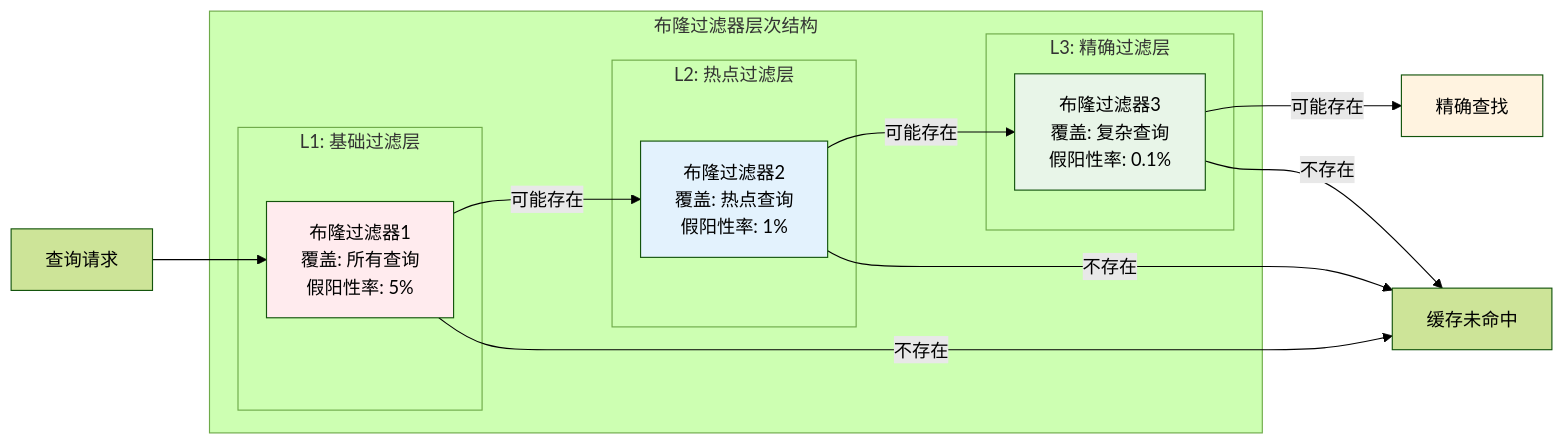
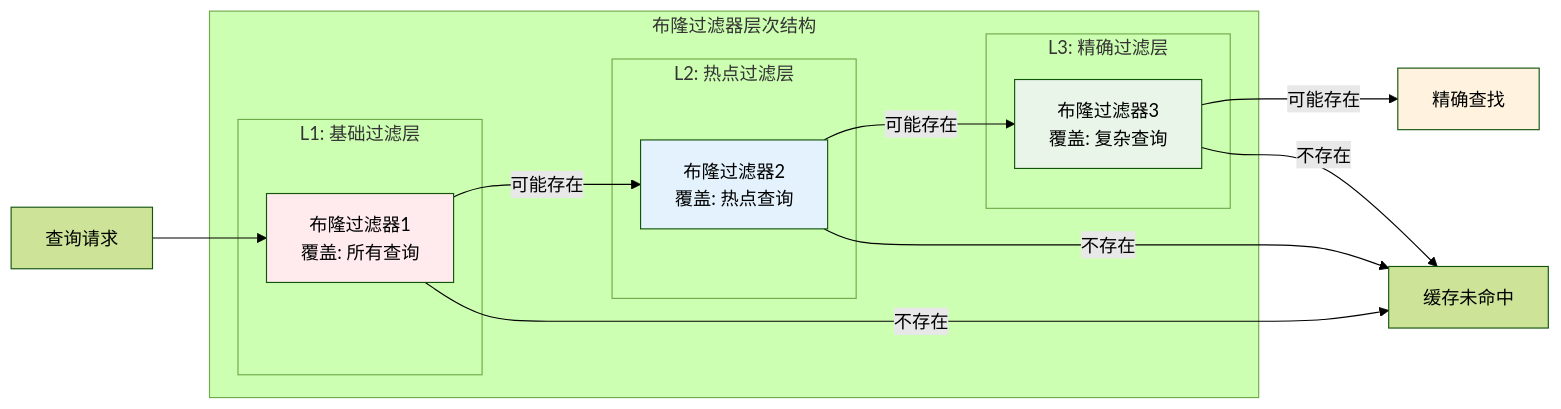
One commit to crazypenguincode/duckdb changed the fourth of 5 diagrams in md/第三章-基于布隆过滤器的SQL和CTE动态缓存技术.md. Above: the diagram before and after it, drawn with Mermaid (forest theme). The commit also changed other lines of this file and 6 other files, not shown here.

````diff
--- a/md/第三章-基于布隆过滤器的SQL和CTE动态缓存技术.md
+++ b/md/第三章-基于布隆过滤器的SQL和CTE动态缓存技术.md
@@ -203,29 +205,29 @@
 ```mermaid
 flowchart LR
     subgraph "布隆过滤器层次结构"
         subgraph "L1: 基础过滤层"
-            BF1["布隆过滤器1<br/>覆盖: 所有查询<br/>假阳性率: 5%"]
+            BF1["布隆过滤器1<br/>覆盖: 所有查询"]
         end
         
         subgraph "L2: 热点过滤层"
-            BF2["布隆过滤器2<br/>覆盖: 热点查询<br/>假阳性率: 1%"]
+            BF2["布隆过滤器2<br/>覆盖: 热点查询"]
         end
         
         subgraph "L3: 精确过滤层"
-            BF3["布隆过滤器3<br/>覆盖: 复杂查询<br/>假阳性率: 0.1%"]
+            BF3["布隆过滤器3<br/>覆盖: 复杂查询"]
         end
     end
     
     Q[查询请求] --> BF1
     BF1 -->|可能存在| BF2
     BF1 -->|不存在| MISS[缓存未命中]
     BF2 -->|可能存在| BF3
     BF2 -->|不存在| MISS
     BF3 -->|可能存在| EXACT[精确查找]
     BF3 -->|不存在| MISS
     
     style BF1 fill:#ffebee
     style BF2 fill:#e3f2fd
     style BF3 fill:#e8f5e8
     style EXACT fill:#fff3e0
 ```
````
